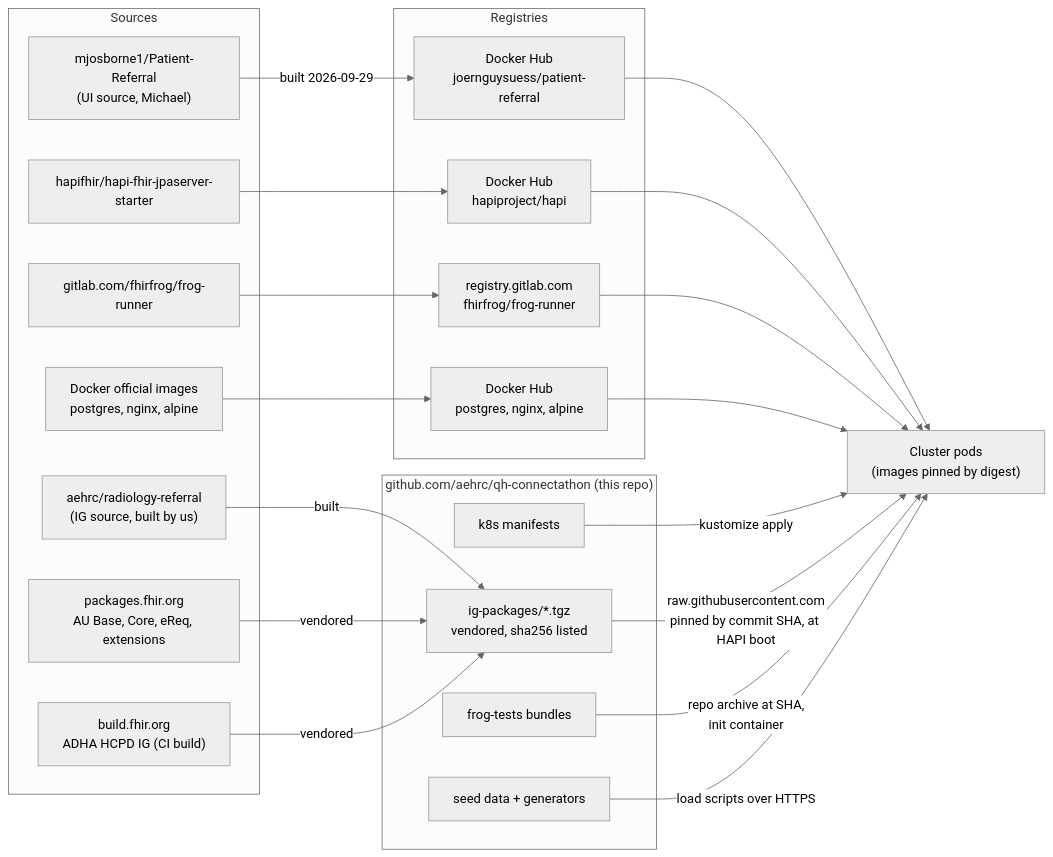
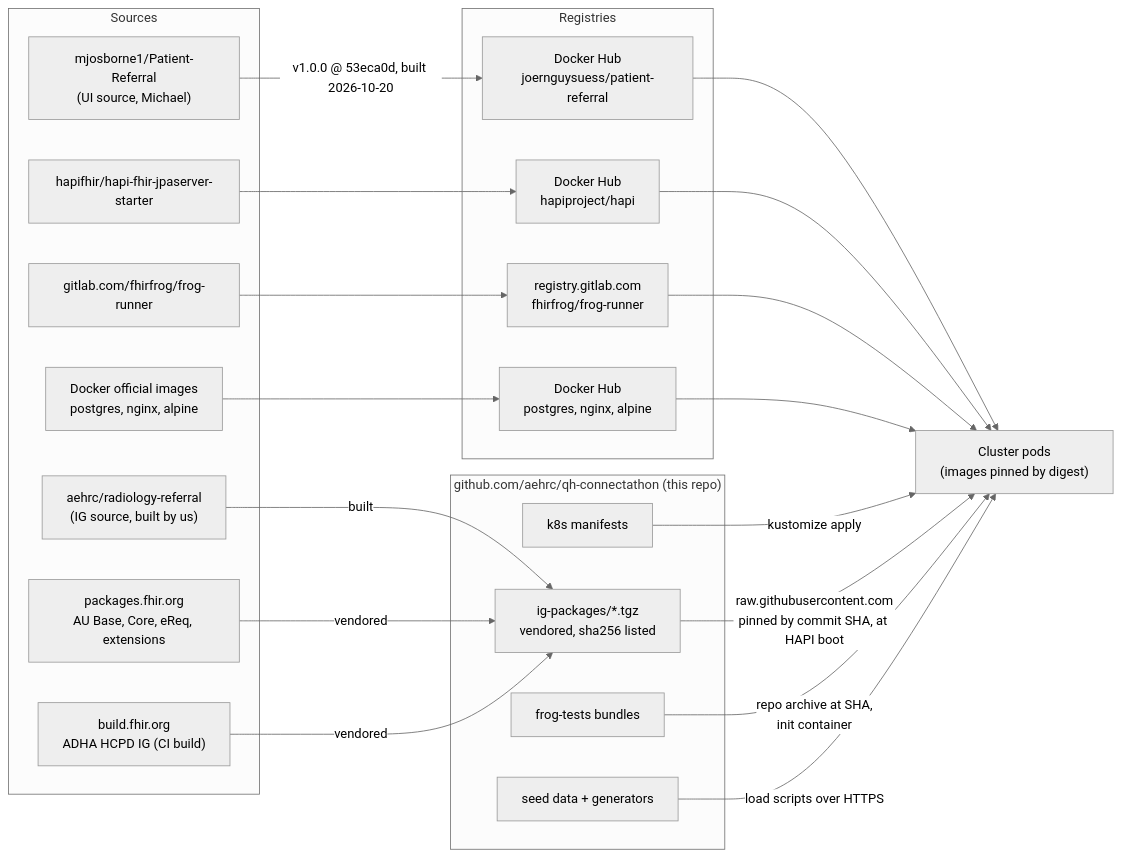
One commit to aehrc/qh-connectathon changed the first of 6 diagrams in 2026-10-29/2-FHIR-For-Services/deploy/DEPLOYMENT.md. Above: the diagram before and after it, drawn with Mermaid (neutral theme). The commit also changed other lines of this file, not shown here.

Commit message:
docs: Patient-Referral provenance row now v1.0.0 / 53eca0d

````diff
--- a/2026-10-29/2-FHIR-For-Services/deploy/DEPLOYMENT.md
+++ b/2026-10-29/2-FHIR-For-Services/deploy/DEPLOYMENT.md
@@ -15,40 +15,40 @@
 ```mermaid
 flowchart LR
   subgraph src["Sources"]
     mo["mjosborne1/Patient-Referral<br/>(UI source, Michael)"]
     hs["hapifhir/hapi-fhir-jpaserver-starter"]
     ff["gitlab.com/fhirfrog/frog-runner"]
     rr["aehrc/radiology-referral<br/>(IG source, built by us)"]
     pk["packages.fhir.org<br/>AU Base, Core, eReq, extensions"]
     bf["build.fhir.org<br/>ADHA HCPD IG (CI build)"]
     off["Docker official images<br/>postgres, nginx, alpine"]
   end
   subgraph reg["Registries"]
     dh1["Docker Hub<br/>joernguysuess/patient-referral"]
     dh2["Docker Hub<br/>hapiproject/hapi"]
     gl["registry.gitlab.com<br/>fhirfrog/frog-runner"]
     dh3["Docker Hub<br/>postgres, nginx, alpine"]
   end
   subgraph repo["github.com/aehrc/qh-connectathon (this repo)"]
     tgz["ig-packages/*.tgz<br/>vendored, sha256 listed"]
     man["k8s manifests"]
     seed["seed data + generators"]
     bun["frog-tests bundles"]
   end
   cl["Cluster pods<br/>(images pinned by digest)"]
-  mo -->|"built 2026-09-29"| dh1
+  mo -->|"v1.0.0 @ 53eca0d, built 2026-10-20"| dh1
   hs --> dh2
   ff --> gl
   off --> dh3
   rr -->|"built"| tgz
   pk -->|"vendored"| tgz
   bf -->|"vendored"| tgz
   dh1 --> cl
   dh2 --> cl
   gl --> cl
   dh3 --> cl
   man -->|"kustomize apply"| cl
   tgz -->|"raw.githubusercontent.com<br/>pinned by commit SHA, at HAPI boot"| cl
   bun -->|"repo archive at SHA,<br/>init container"| cl
   seed -->|"load scripts over HTTPS"| cl
 ```
````
